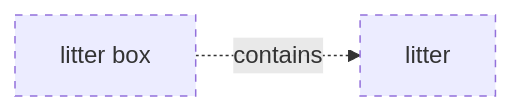
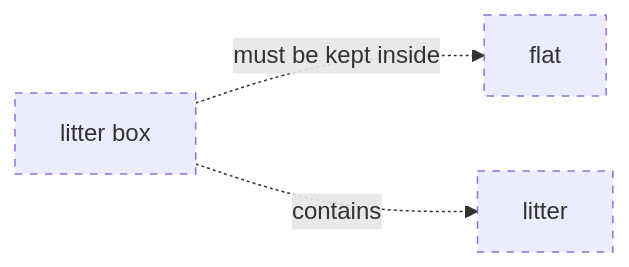
Diagram 42 of 54 in data/ontology-pets-and-house-rules/03_release/00_raw/level-2.md (belaboros/DomainAiAssistant), drawn with Mermaid before and after one commit. The commit also changed other lines of this file and 338 other files, not shown here.

````diff
--- a/data/ontology-pets-and-house-rules/03_release/00_raw/level-2.md
+++ b/data/ontology-pets-and-house-rules/03_release/00_raw/level-2.md
@@ -570,8 +670,10 @@
 ```mermaid
 flowchart LR
     classDef draft stroke-dasharray: 5 5
+    cn_01M82GKFJ96730WAHGQQD3M95G["flat"]
     cn_01M82GY6D4FG58KKX81F7CX0F4["litter"]
     cn_01M82GZMM3VP80T7XD6GS67TSK["litter box"]
+    cn_01M82GZMM3VP80T7XD6GS67TSK -. "must be kept inside" .-> cn_01M82GKFJ96730WAHGQQD3M95G
     cn_01M82GZMM3VP80T7XD6GS67TSK -. "contains" .-> cn_01M82GY6D4FG58KKX81F7CX0F4
-    class cn_01M82GY6D4FG58KKX81F7CX0F4,cn_01M82GZMM3VP80T7XD6GS67TSK draft
+    class cn_01M82GKFJ96730WAHGQQD3M95G,cn_01M82GY6D4FG58KKX81F7CX0F4,cn_01M82GZMM3VP80T7XD6GS67TSK draft
 ```
````
